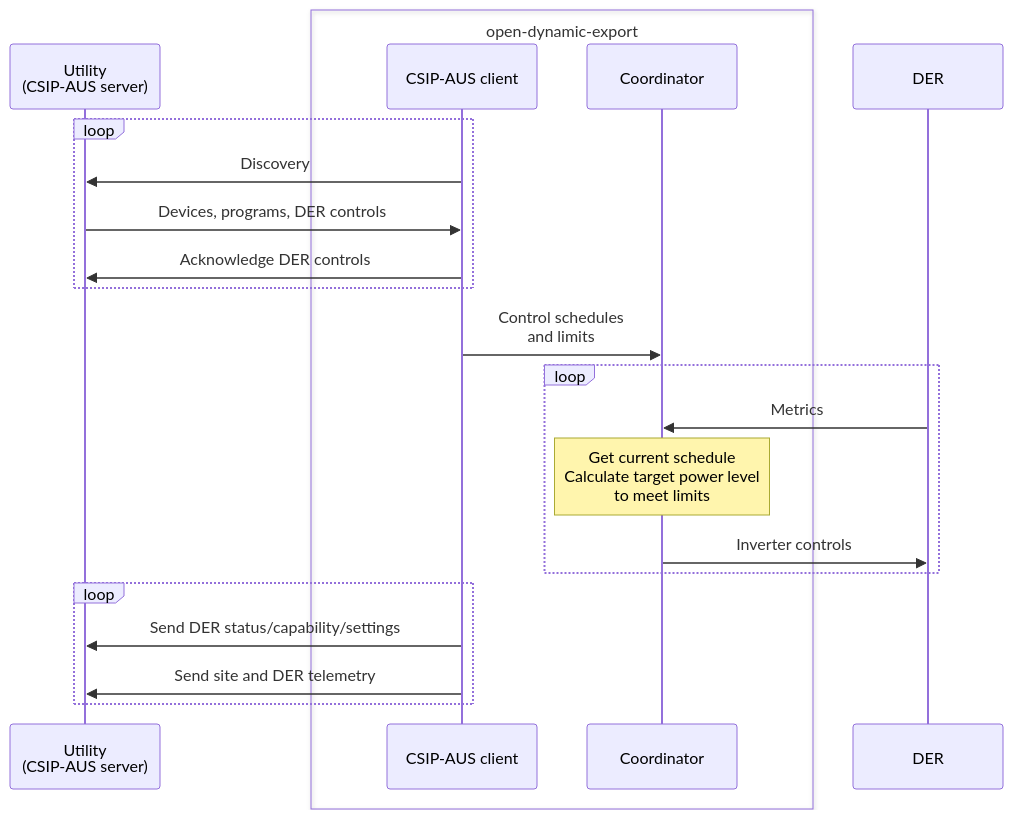
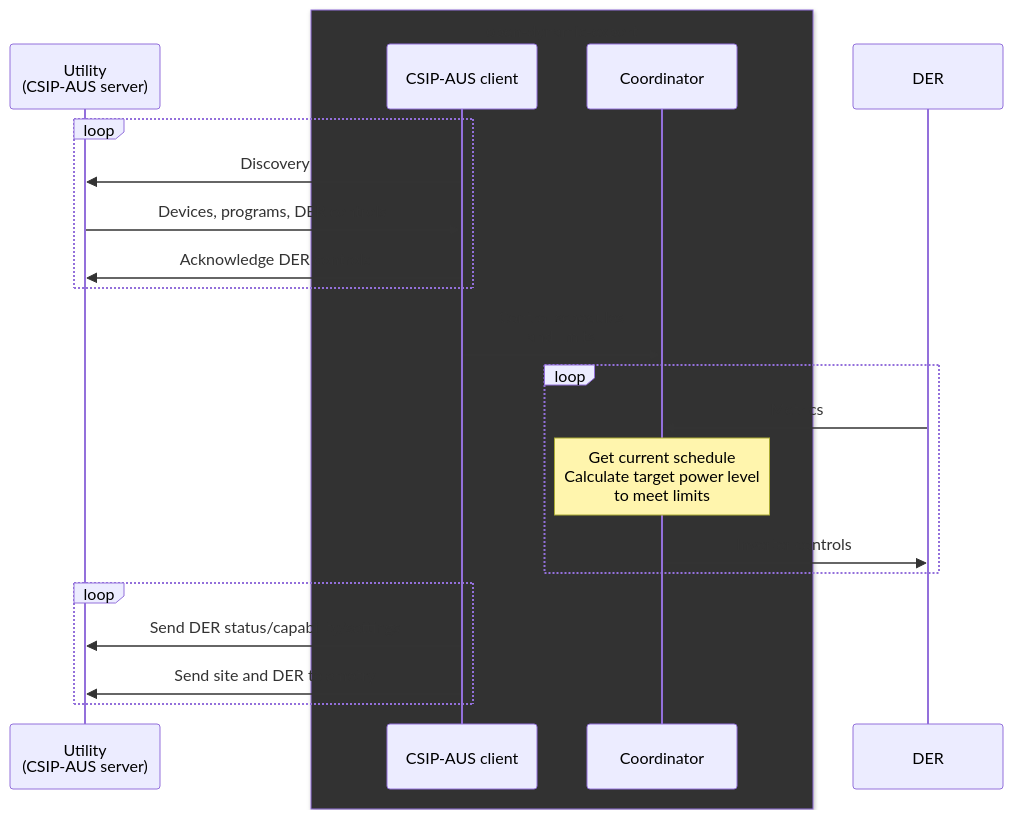
One commit to longzheng/open-dynamic-export changed the diagram in docs/csip-aus/index.md. Above: the diagram before and after it, drawn with Mermaid.

Commit message:
Tweak readability

````diff
--- a/docs/csip-aus/index.md
+++ b/docs/csip-aus/index.md
@@ -9,31 +9,31 @@
 ```mermaid
 sequenceDiagram
     participant U as Utility<br>(CSIP-AUS server)
     participant SC as CSIP-AUS client
     participant C as Coordinator
     participant D as DER
 
     loop
     SC->>U: Discovery
     U->>SC: Devices, programs, DER controls
     SC->>U: Acknowledge DER controls
     end
 
     SC->>C: Control schedules<br> and limits
 
     loop
     D->>C: Metrics
     Note over C: Get current schedule<br>Calculate target power level<br>to meet limits
     C->>D: Inverter controls
        end
 
     loop
     SC->>U: Send DER status/capability/settings
     SC->>U: Send site and DER telemetry
     end
 
-    box open-dynamic-export
+    box rgb(50,50,50) open-dynamic-export 
     participant SC
     participant C
     end
 ```
````
